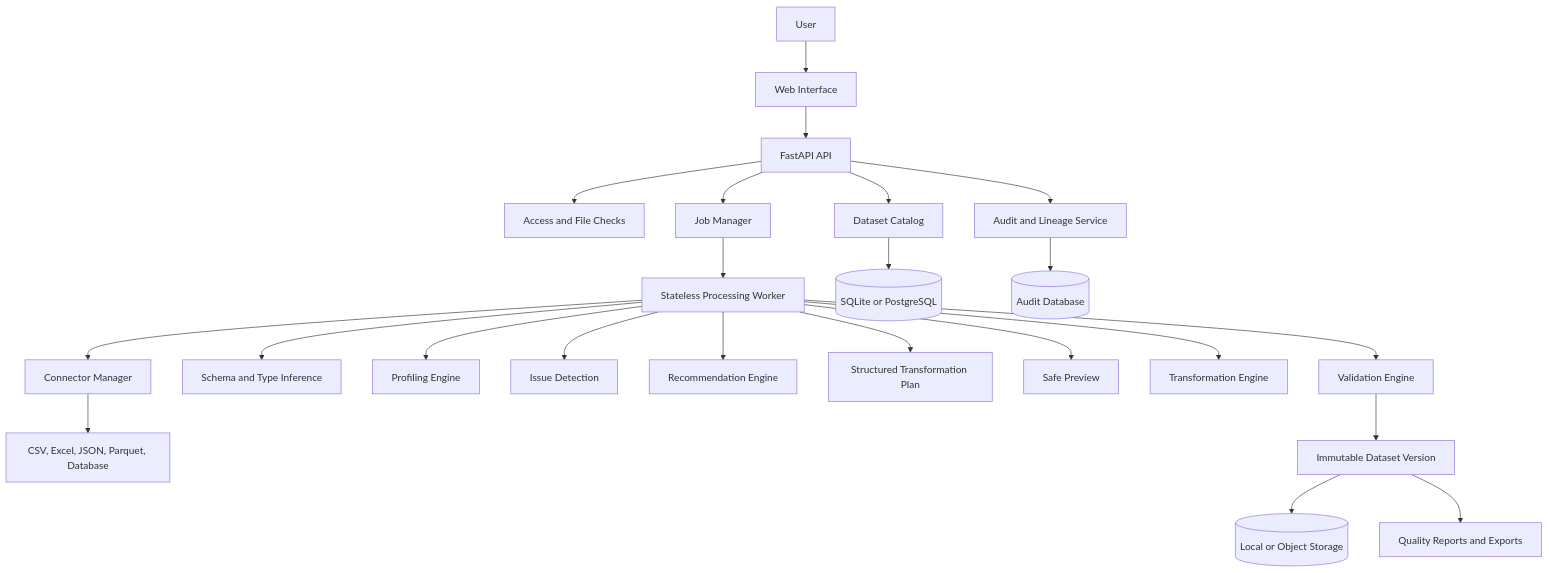
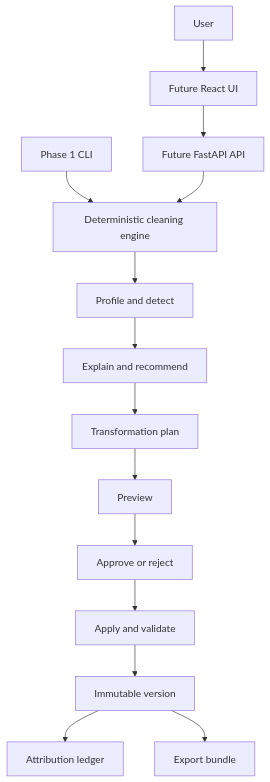
The diagram in README.md (SujAnverse1125/ClearSet), drawn with Mermaid before and after one commit. The commit also changed other lines of this file and 10 other files, not shown here.

````diff
--- a/README.md
+++ b/README.md
@@ -73,25 +68,16 @@
 ```mermaid
 flowchart TB
     User[User] --> UI[Web Interface]
-    UI --> API[FastAPI API]
-    API --> Auth[Access and File Checks]
-    API --> Catalog[Dataset Catalog]
-    API --> Queue[Job Manager]
-    Queue --> Worker[Stateless Processing Worker]
-    Worker --> Connector[Connector Manager]
-    Connector --> Formats[CSV, Excel, JSON, Parquet, Database]
-    Worker --> Schema[Schema and Type Inference]
-    Worker --> Profile[Profiling Engine]
-    Worker --> Detect[Issue Detection]
-    Worker --> Recommend[Recommendation Engine]
-    Worker --> Plan[Structured Transformation Plan]
-    Worker --> Preview[Safe Preview]
-    Worker --> Transform[Transformation Engine]
-    Worker --> Validate[Validation Engine]
-    Validate --> Version[Immutable Dataset Version]
-    Catalog --> Metadata[(SQLite or PostgreSQL)]
-    Version --> Files[(Local or Object Storage)]
-    API --> Audit[Audit and Lineage Service]
-    Audit --> AuditDB[(Audit Database)]
-    Version --> Reports[Quality Reports and Exports]
+     UI[Future React UI] --> API[Future FastAPI API]
+     CLI[Phase 1 CLI] --> Engine[Deterministic cleaning engine]
+     API --> Engine
+     Engine --> Profile[Profile and detect]
+     Profile --> Recommend[Explain and recommend]
+     Recommend --> Plan[Transformation plan]
+     Plan --> Preview[Preview]
+     Preview --> Review[Approve or reject]
+     Review --> Validate[Apply and validate]
+     Validate --> Version[Immutable version]
+     Version --> Ledger[Attribution ledger]
+     Version --> Export[Export bundle]
 ```
````
